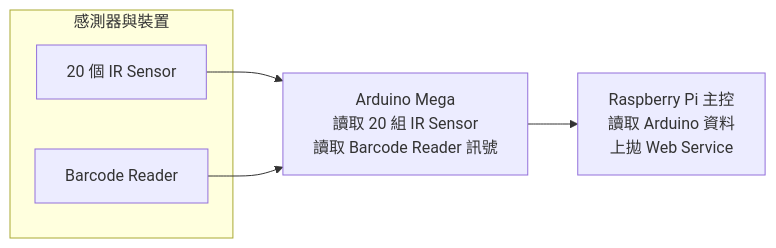
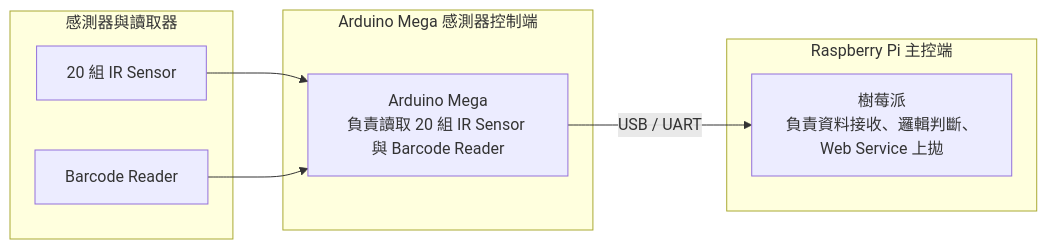
The second of 2 diagrams in README.md (djw012345/Public), drawn with Mermaid before and after one commit.

````diff
--- a/README.md
+++ b/README.md
@@ -20,17 +20,23 @@
 ```mermaid
 
 flowchart LR
-    RPI[Raspberry Pi 主控<br/>讀取 Arduino 資料<br/>上拋 Web Service]
-    MEGA[Arduino Mega<br/>讀取 20 組 IR Sensor<br/>讀取 Barcode Reader 訊號]
+    subgraph RPI_Block[Raspberry Pi 主控端]
+        RPI[樹莓派<br/>負責資料接收、邏輯判斷、Web Service 上拋]
+    end
 
-    subgraph SENSORS[感測器與裝置]
-        IR[20 個 IR Sensor]
+    subgraph ARD_Block[Arduino Mega 感測器控制端]
+        MEGA[Arduino Mega<br/>負責讀取 20 組 IR Sensor 與 Barcode Reader]
+    end
+
+    subgraph SENSOR_Block[感測器與讀取器]
+        IR[20 組 IR Sensor]
         BR[Barcode Reader]
     end
 
+    %% Connections
     IR --> MEGA
     BR --> MEGA
-    MEGA --> RPI
+    MEGA -- USB / UART --> RPI
 
 
 ```
````
